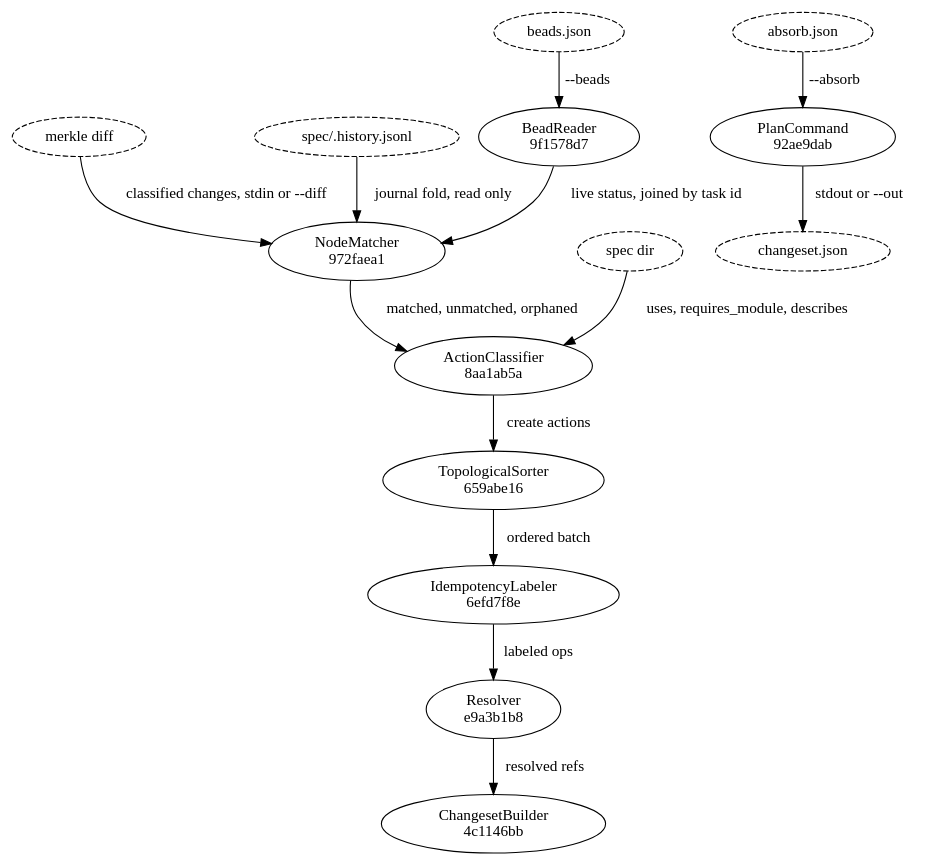
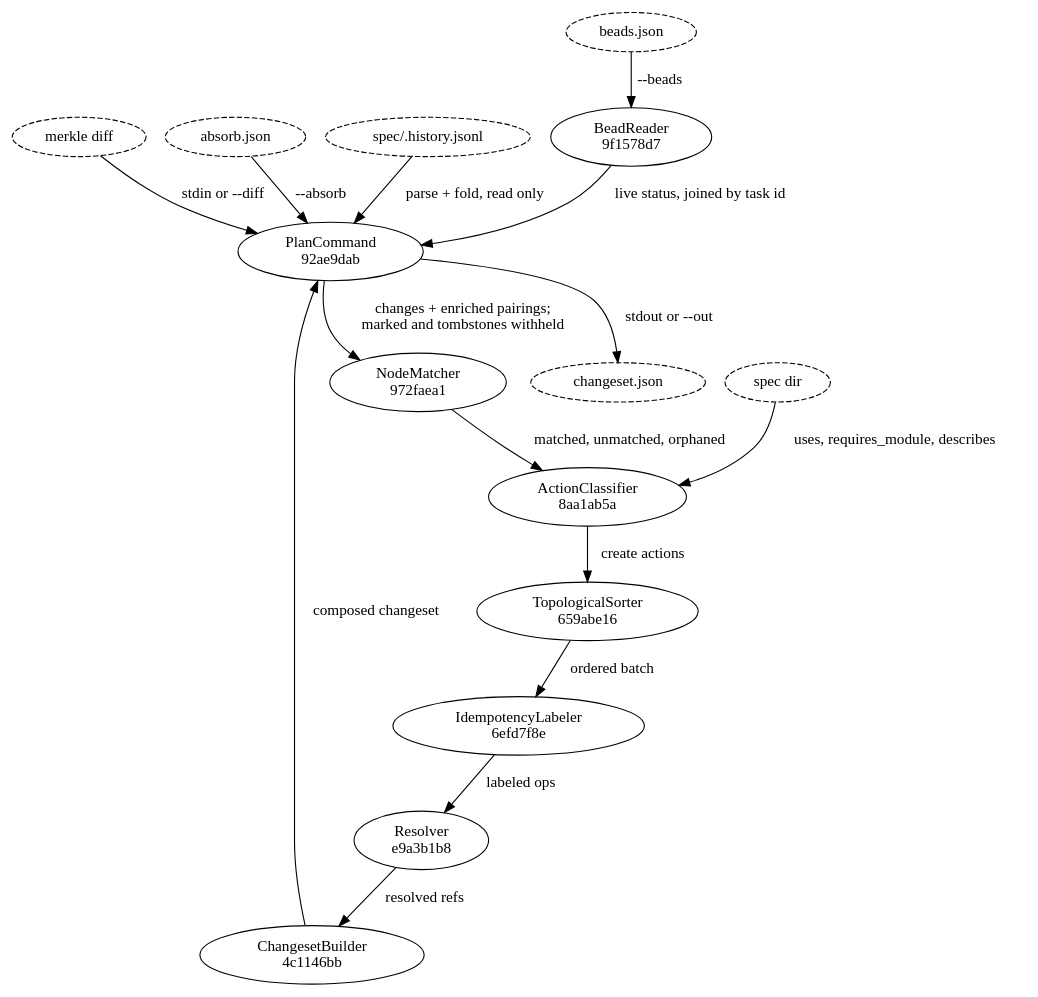
Before and after one commit to dmitriyb/spexmachina: the second of 2 diagrams in spec/plan/flow_plan.md, drawn with Graphviz. The commit also changed other lines of this file and 18 other files, not shown here.

````diff
--- a/spec/plan/flow_plan.md
+++ b/spec/plan/flow_plan.md
@@ -58,31 +58,33 @@
 ```dot
 digraph plan_internals {
     "merkle diff"    [style=dashed];
     "beads.json"     [style=dashed];
     "absorb.json"    [style=dashed];
     "spec/.history.jsonl" [style=dashed];
     "spec dir"       [style=dashed];
     "9f1578d7af6d"   [label="BeadReader\n9f1578d7"];
     "972faea162a6"   [label="NodeMatcher\n972faea1"];
     "8aa1ab5ac102"   [label="ActionClassifier\n8aa1ab5a"];
     "659abe167891"   [label="TopologicalSorter\n659abe16"];
     "6efd7f8ebdb2"   [label="IdempotencyLabeler\n6efd7f8e"];
     "e9a3b1b85953"   [label="Resolver\ne9a3b1b8"];
     "4c1146bb7287"   [label="ChangesetBuilder\n4c1146bb"];
     "92ae9dab6d6d"   [label="PlanCommand\n92ae9dab"];
     "changeset.json" [style=dashed];
 
     "beads.json"     -> "9f1578d7af6d"  [label="--beads"];
-    "merkle diff"    -> "972faea162a6"  [label="classified changes, stdin or --diff"];
-    "spec/.history.jsonl" -> "972faea162a6"  [label="journal fold, read only"];
-    "9f1578d7af6d"   -> "972faea162a6"  [label="live status, joined by task id"];
+    "9f1578d7af6d"   -> "92ae9dab6d6d"  [label="live status, joined by task id"];
+    "merkle diff"    -> "92ae9dab6d6d"  [label="stdin or --diff"];
+    "spec/.history.jsonl" -> "92ae9dab6d6d"  [label="parse + fold, read only"];
+    "92ae9dab6d6d"   -> "972faea162a6"  [label="changes + enriched pairings;\nmarked and tombstones withheld"];
     "972faea162a6"   -> "8aa1ab5ac102"  [label="matched, unmatched, orphaned"];
     "spec dir"       -> "8aa1ab5ac102"  [label="uses, requires_module, describes"];
     "8aa1ab5ac102"   -> "659abe167891"  [label="create actions"];
     "659abe167891"   -> "6efd7f8ebdb2"  [label="ordered batch"];
     "6efd7f8ebdb2"   -> "e9a3b1b85953"  [label="labeled ops"];
     "e9a3b1b85953"   -> "4c1146bb7287"  [label="resolved refs"];
+    "4c1146bb7287"   -> "92ae9dab6d6d"  [label="composed changeset"];
     "absorb.json"    -> "92ae9dab6d6d"  [label="--absorb"];
     "92ae9dab6d6d"   -> "changeset.json" [label="stdout or --out"];
 }
 ```
````
